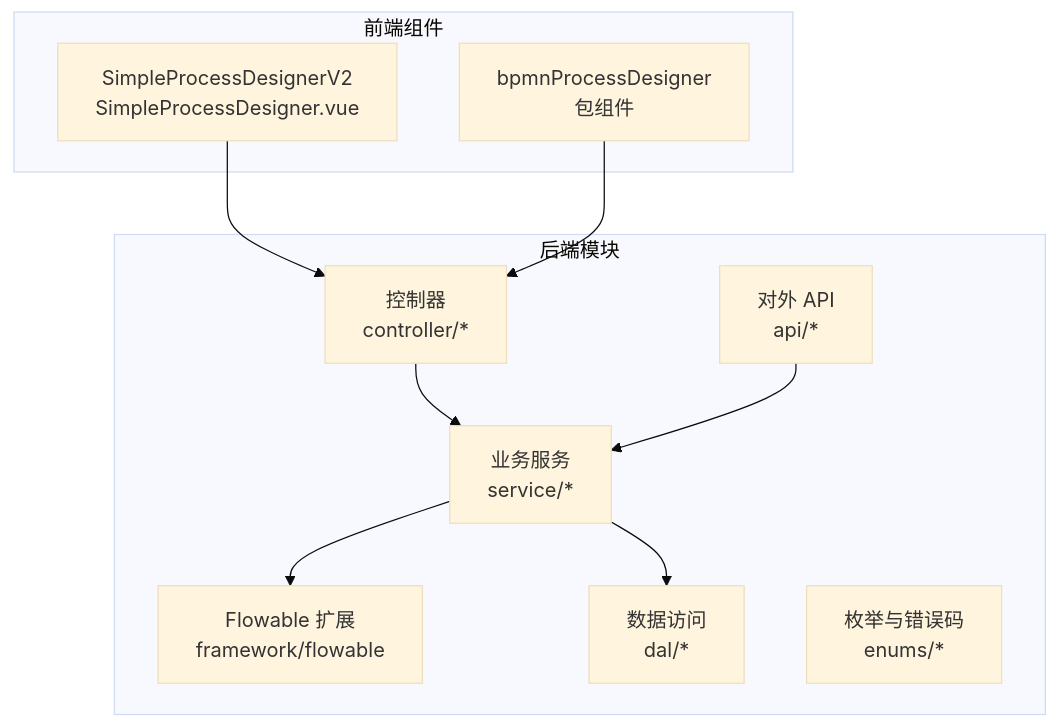
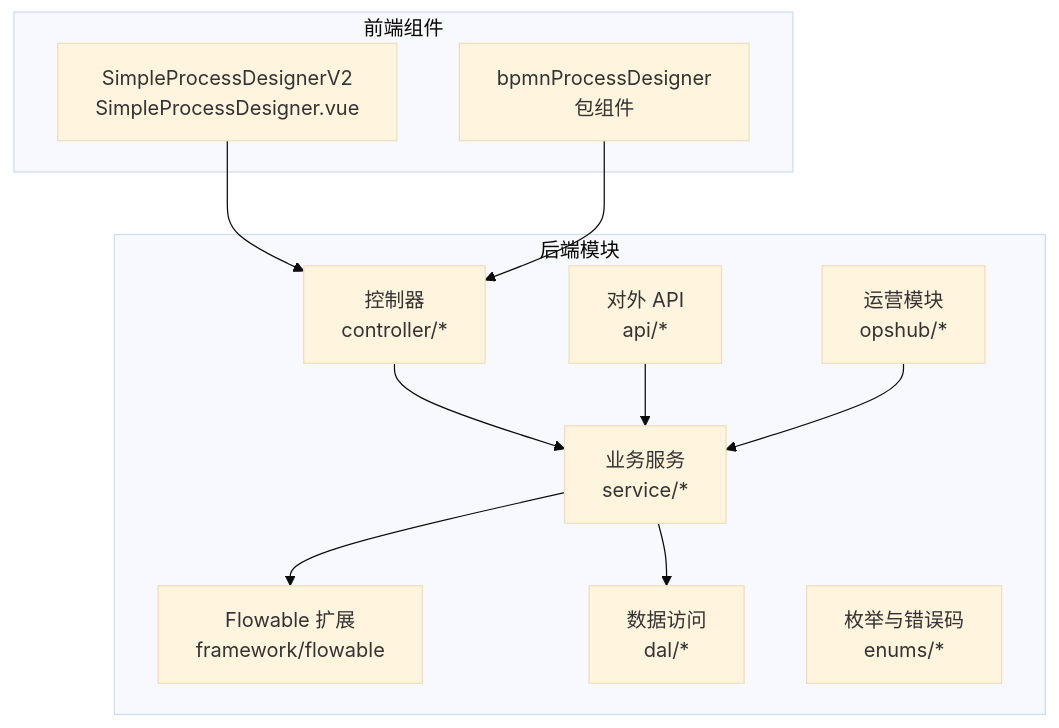
The first of 13 diagrams in .qoder/repowiki/zh/content/核心模块/工作流模块/工作流模块.md (xiaoche80s-tech/rouyi-vue-pro), drawn with Mermaid (base theme) before and after one commit. The commit also changed other lines of this file and 977 other files, not shown here.

````diff
--- a/.qoder/repowiki/zh/content/核心模块/工作流模块/工作流模块.md
+++ b/.qoder/repowiki/zh/content/核心模块/工作流模块/工作流模块.md
@@ -80,21 +98,23 @@
 ```mermaid
 graph TB
 subgraph "后端模块"
 FLOWABLE["Flowable 扩展<br/>framework/flowable"]
 SERVICE["业务服务<br/>service/*"]
 API["对外 API<br/>api/*"]
 DAL["数据访问<br/>dal/*"]
 ENUMS["枚举与错误码<br/>enums/*"]
 CONTROLLER["控制器<br/>controller/*"]
+OPS["运营模块<br/>opshub/*"]
 end
 subgraph "前端组件"
 SIMPLEDESIGNER["SimpleProcessDesignerV2<br/>SimpleProcessDesigner.vue"]
 BPMNDESIGNER["bpmnProcessDesigner<br/>包组件"]
 end
 CONTROLLER --> SERVICE
 SERVICE --> DAL
 SERVICE --> FLOWABLE
 API --> SERVICE
 SIMPLEDESIGNER --> CONTROLLER
 BPMNDESIGNER --> CONTROLLER
+OPS --> SERVICE
 ```
````
